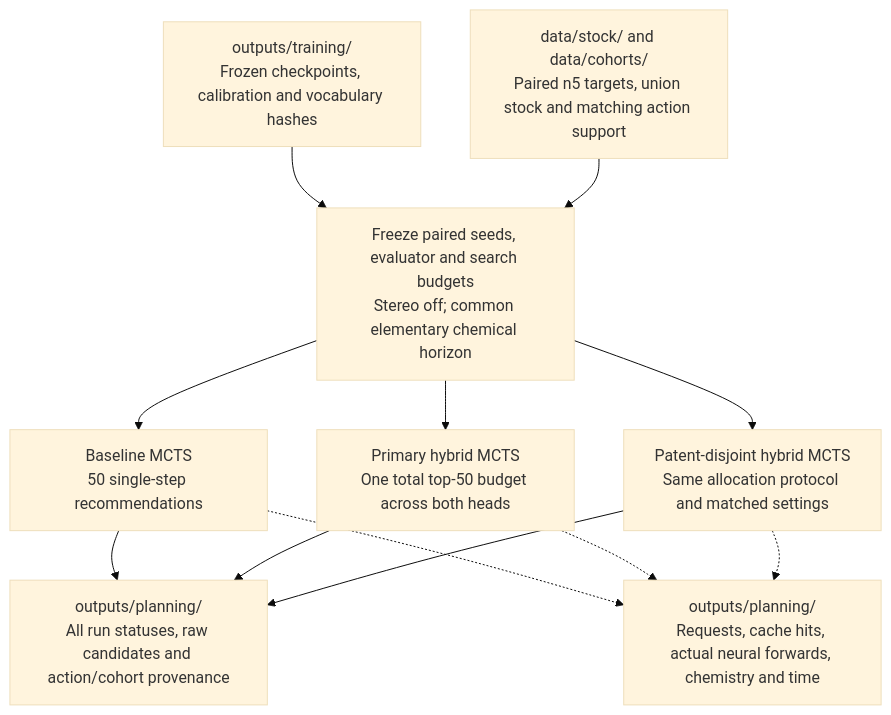
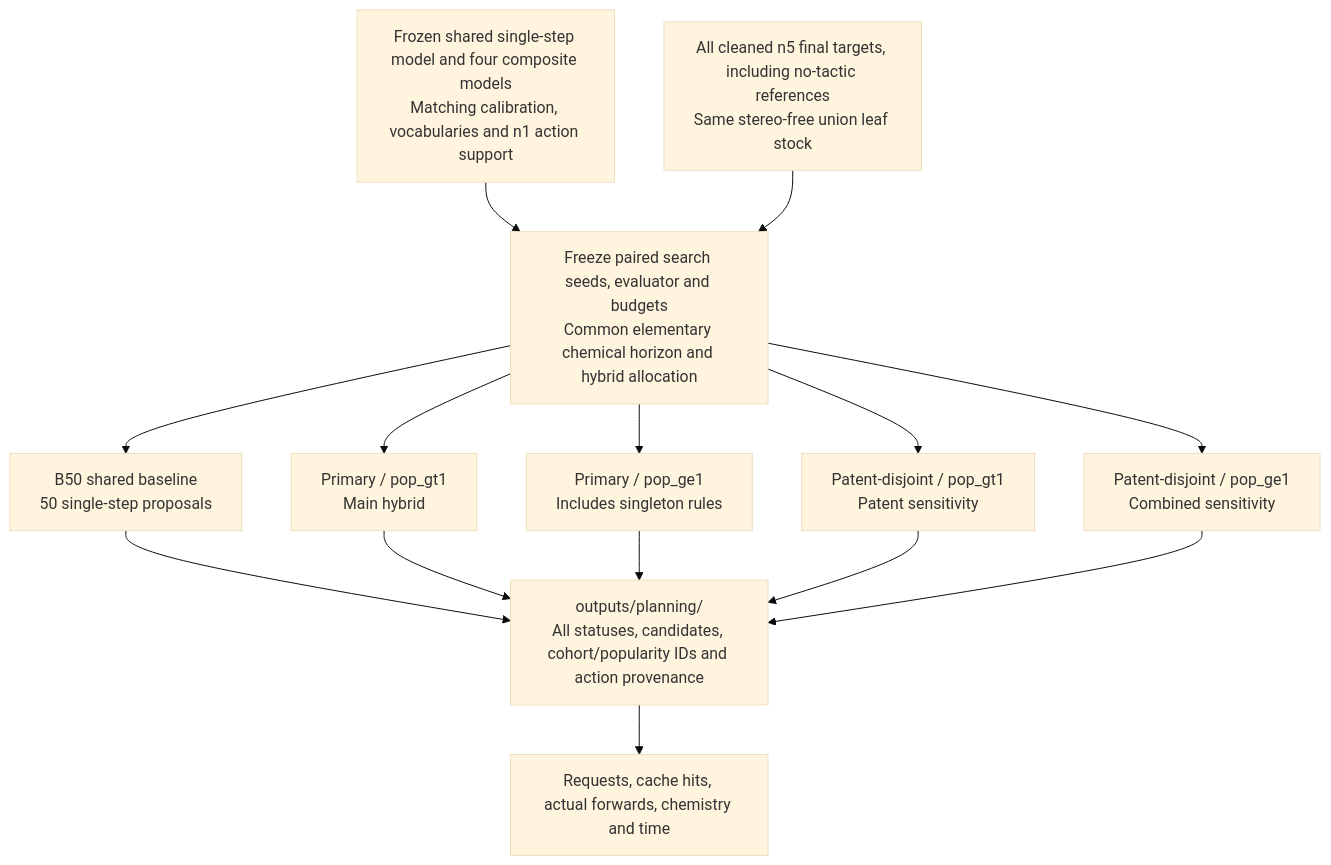
The diagram in docs/diagrams/planning.md (Protolaw/retrocomposite), drawn with Mermaid (base theme) before and after one commit. The commit also changed other lines of this file and 10 other files, not shown here.

Commit message:
docs: specify hybrid planning and evaluation protocol

````diff
--- a/docs/diagrams/planning.md
+++ b/docs/diagrams/planning.md
@@ -7,22 +7,26 @@
 ```mermaid
 flowchart TD
-    MODELS["outputs/training/<br/>Frozen checkpoints, calibration and vocabulary hashes"]
-    DATA["data/stock/ and data/cohorts/<br/>Paired n5 targets, union stock and matching action support"]
-    DESIGN["Freeze paired seeds, evaluator and search budgets<br/>Stereo off; common elementary chemical horizon"]
-    BASE["Baseline MCTS<br/>50 single-step recommendations"]
-    PRIMARY["Primary hybrid MCTS<br/>One total top-50 budget across both heads"]
-    SENS["Patent-disjoint hybrid MCTS<br/>Same allocation protocol and matched settings"]
-    RUNS["outputs/planning/<br/>All run statuses, raw candidates and action/cohort provenance"]
-    COST["outputs/planning/<br/>Requests, cache hits, actual neural forwards, chemistry and time"]
+    MODELS["Frozen shared single-step model and four composite models<br/>Matching calibration, vocabularies and n1 action support"]
+    DATA["All cleaned n5 final targets, including no-tactic references<br/>Same stereo-free union leaf stock"]
+    DESIGN["Freeze paired search seeds, evaluator and budgets<br/>Common elementary chemical horizon and hybrid allocation"]
+    BASE["B50 shared baseline<br/>50 single-step proposals"]
+    MAIN["Primary / pop_gt1<br/>Main hybrid"]
+    ALL["Primary / pop_ge1<br/>Includes singleton rules"]
+    PAT["Patent-disjoint / pop_gt1<br/>Patent sensitivity"]
+    PATALL["Patent-disjoint / pop_ge1<br/>Combined sensitivity"]
+    RUNS["outputs/planning/<br/>All statuses, candidates, cohort/popularity IDs and action provenance"]
+    COST["Requests, cache hits, actual forwards, chemistry and time"]
     MODELS --> DESIGN
     DATA --> DESIGN
     DESIGN --> BASE
-    DESIGN --> PRIMARY
-    DESIGN --> SENS
+    DESIGN --> MAIN
+    DESIGN --> ALL
+    DESIGN --> PAT
+    DESIGN --> PATALL
     BASE --> RUNS
-    PRIMARY --> RUNS
-    SENS --> RUNS
-    BASE -.-> COST
-    PRIMARY -.-> COST
-    SENS -.-> COST
+    MAIN --> RUNS
+    ALL --> RUNS
+    PAT --> RUNS
+    PATALL --> RUNS
+    RUNS --> COST
 ```
````
